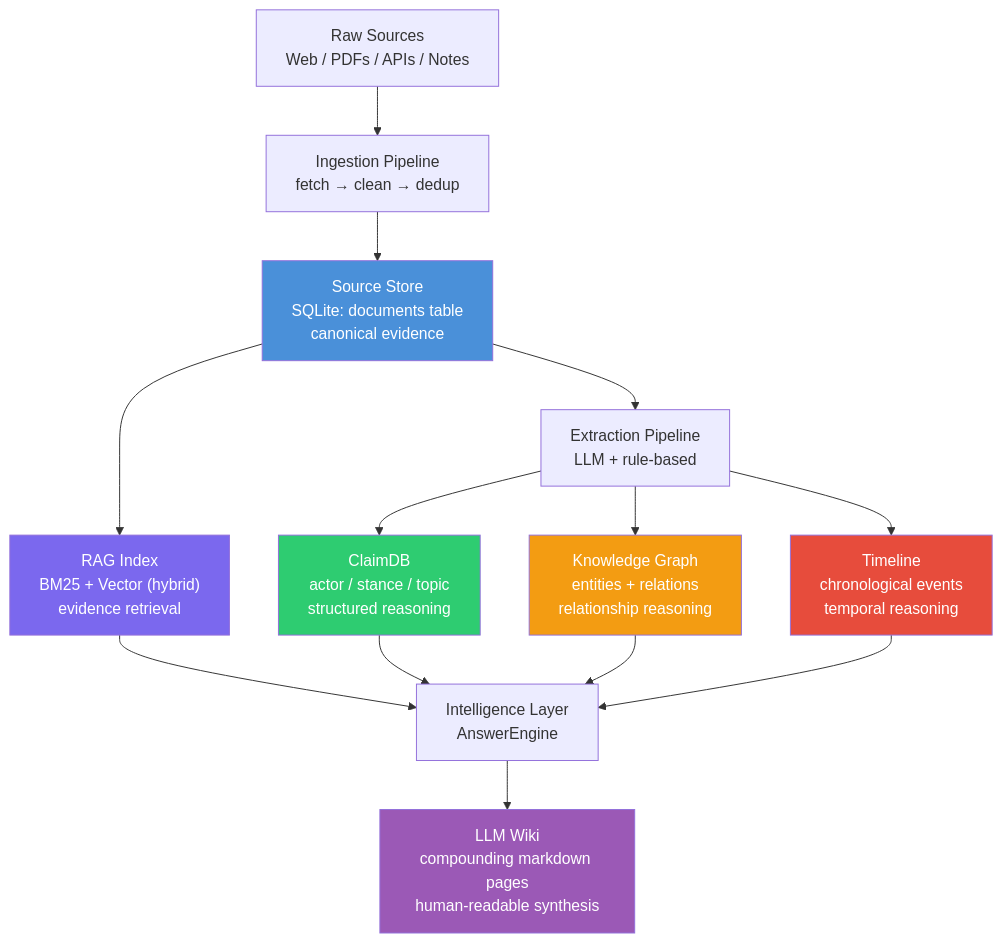
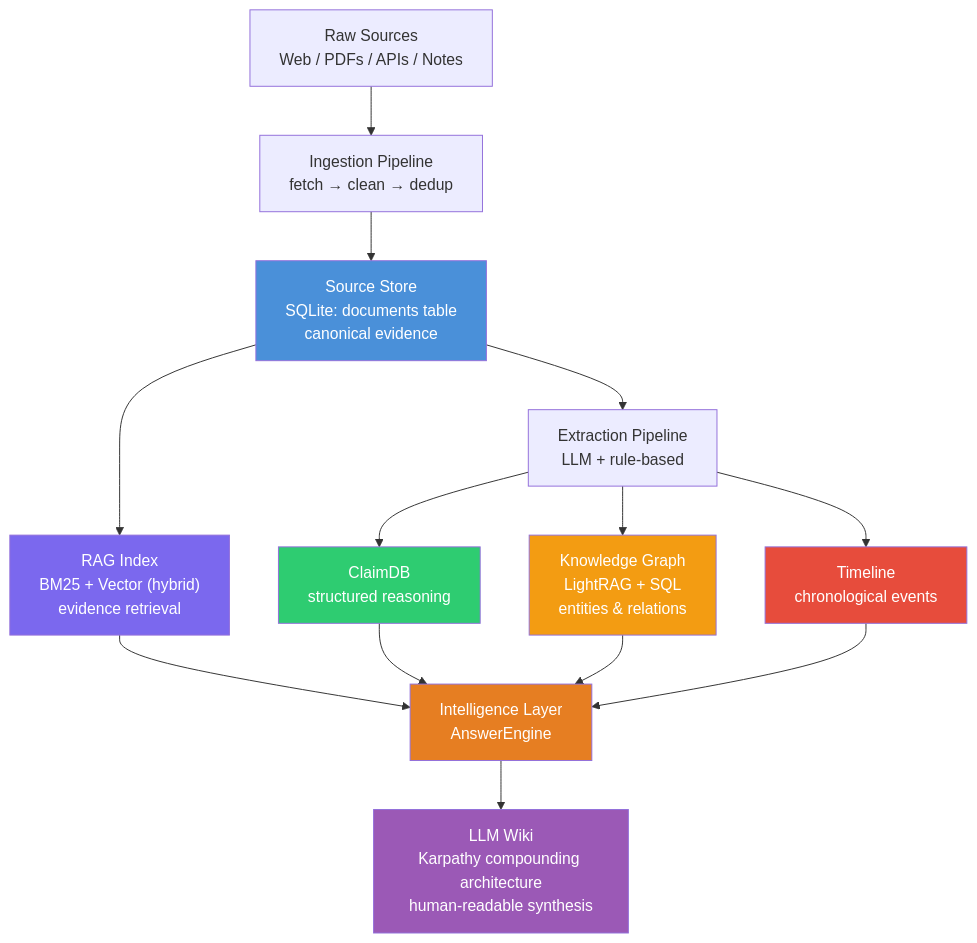
One commit to fayememe/softwiki changed the diagram in README.md. Above: the diagram before and after it, drawn with Mermaid.

Commit message:
readme: label LightRAG and Karpathy wiki in diagram
Ultraworked with [Sisyphus](https://github.com/code-yeongyu/oh-my-openagent)

````diff
--- a/README.md
+++ b/README.md
@@ -5,26 +5,27 @@
 ```mermaid
 graph TD
     RS["Raw Sources<br/>Web / PDFs / APIs / Notes"] --> ING["Ingestion Pipeline<br/>fetch → clean → dedup"]
 
     ING --> SS["Source Store<br/>SQLite: documents table<br/>canonical evidence"]
     SS --> RAG["RAG Index<br/>BM25 + Vector (hybrid)<br/>evidence retrieval"]
     SS --> EX["Extraction Pipeline<br/>LLM + rule-based"]
 
-    EX --> CDB["ClaimDB<br/>actor / stance / topic<br/>structured reasoning"]
-    EX --> KG["Knowledge Graph<br/>entities + relations<br/>relationship reasoning"]
-    EX --> TL["Timeline<br/>chronological events<br/>temporal reasoning"]
+    EX --> CDB["ClaimDB<br/>structured reasoning"]
+    EX --> KG["Knowledge Graph<br/>LightRAG + SQL<br/>entities & relations"]
+    EX --> TL["Timeline<br/>chronological events"]
 
     RAG --> INTEL["Intelligence Layer<br/>AnswerEngine"]
     CDB --> INTEL
     KG --> INTEL
     TL --> INTEL
 
-    INTEL --> WIKI["LLM Wiki<br/>compounding markdown pages<br/>human-readable synthesis"]
+    INTEL --> WIKI["LLM Wiki<br/>Karpathy compounding architecture<br/>human-readable synthesis"]
 
     style SS fill:#4a90d9,color:#fff
     style RAG fill:#7b68ee,color:#fff
     style CDB fill:#2ecc71,color:#fff
     style KG fill:#f39c12,color:#fff
     style TL fill:#e74c3c,color:#fff
     style WIKI fill:#9b59b6,color:#fff
+    style INTEL fill:#e67e22,color:#fff
 ```
````
